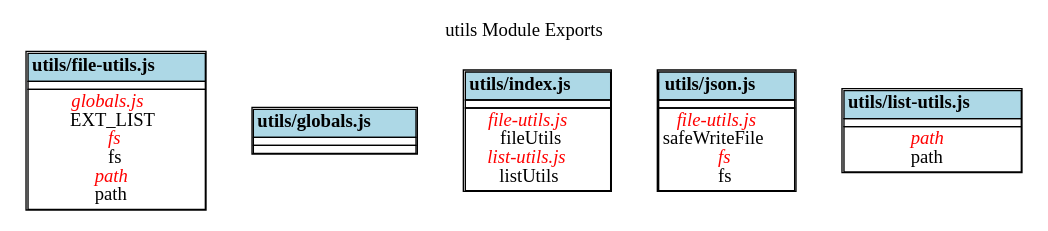
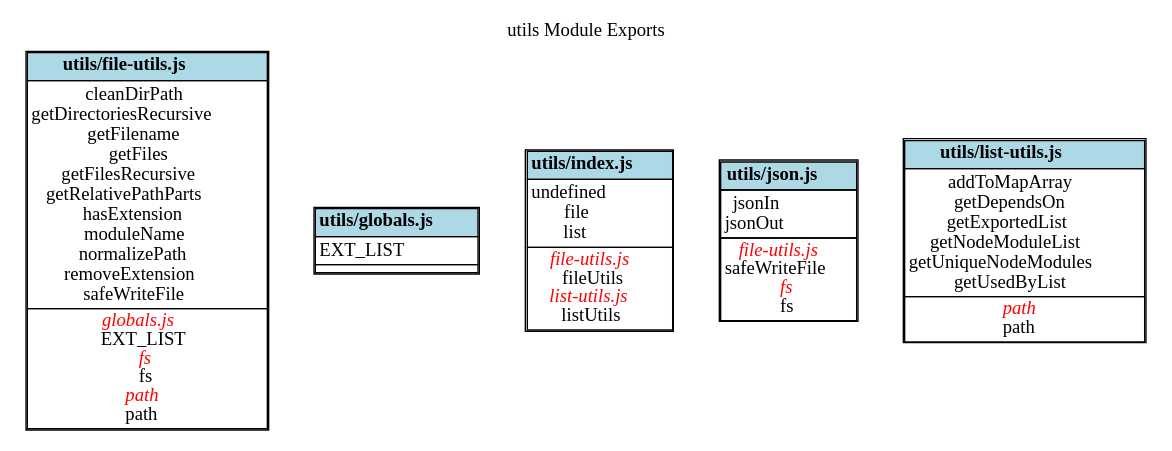
The diagram in docs/utils/ExportGraph.dot (fleebe/dep-graph), drawn with Graphviz before and after one commit. The commit also changed 38 other files, not shown here.

Commit message:
Added Node module dependencies.

```diff
--- a/docs/utils/ExportGraph.dot
+++ b/docs/utils/ExportGraph.dot
@@ -1,59 +1,82 @@
 digraph {label="utils Module Exports";
 labelloc="t";
 "utils/file-utils.js" [shape=none, label=<<TABLE cellspacing="0" cellborder="1">
 <TR><TD bgcolor="lightblue" align="center"><B>utils/file-utils.js</B></TD></TR>
 <TR><TD align="left">
+cleanDirPath<BR/>
+getDirectoriesRecursive<BR/>
+getFilename<BR/>
+getFiles<BR/>
+getFilesRecursive<BR/>
+getRelativePathParts<BR/>
+hasExtension<BR/>
+moduleName<BR/>
+normalizePath<BR/>
+removeExtension<BR/>
+safeWriteFile<BR/>
 </TD></TR>
 <TR><TD align="center">
 <font color="red"><I>globals.js</I></font><BR/>
 EXT_LIST<BR/>
 <font color="red"><I>fs</I></font><BR/>
 fs<BR/>
 <font color="red"><I>path</I></font><BR/>
 path<BR/>
 </TD></TR>
 </TABLE>>];
 
 "utils/globals.js" [shape=none, label=<<TABLE cellspacing="0" cellborder="1">
 <TR><TD bgcolor="lightblue" align="center"><B>utils/globals.js</B></TD></TR>
 <TR><TD align="left">
+EXT_LIST<BR/>
 </TD></TR>
 <TR><TD align="center">
 </TD></TR>
 </TABLE>>];
 
 "utils/index.js" [shape=none, label=<<TABLE cellspacing="0" cellborder="1">
 <TR><TD bgcolor="lightblue" align="center"><B>utils/index.js</B></TD></TR>
 <TR><TD align="left">
+undefined<BR/>
+file<BR/>
+list<BR/>
 </TD></TR>
 <TR><TD align="center">
 <font color="red"><I>file-utils.js</I></font><BR/>
 fileUtils<BR/>
 <font color="red"><I>list-utils.js</I></font><BR/>
 listUtils<BR/>
 </TD></TR>
 </TABLE>>];
 
 "utils/json.js" [shape=none, label=<<TABLE cellspacing="0" cellborder="1">
 <TR><TD bgcolor="lightblue" align="center"><B>utils/json.js</B></TD></TR>
 <TR><TD align="left">
+jsonIn<BR/>
+jsonOut<BR/>
 </TD></TR>
 <TR><TD align="center">
 <font color="red"><I>file-utils.js</I></font><BR/>
 safeWriteFile<BR/>
 <font color="red"><I>fs</I></font><BR/>
 fs<BR/>
 </TD></TR>
 </TABLE>>];
 
 "utils/list-utils.js" [shape=none, label=<<TABLE cellspacing="0" cellborder="1">
 <TR><TD bgcolor="lightblue" align="center"><B>utils/list-utils.js</B></TD></TR>
 <TR><TD align="left">
+addToMapArray<BR/>
+getDependsOn<BR/>
+getExportedList<BR/>
+getNodeModuleList<BR/>
+getUniqueNodeModules<BR/>
+getUsedByList<BR/>
 </TD></TR>
 <TR><TD align="center">
 <font color="red"><I>path</I></font><BR/>
 path<BR/>
 </TD></TR>
 </TABLE>>];
 
 }
```
